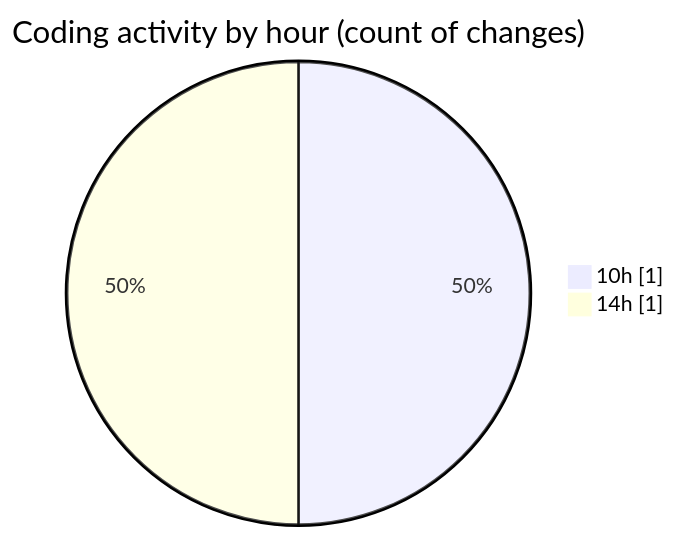
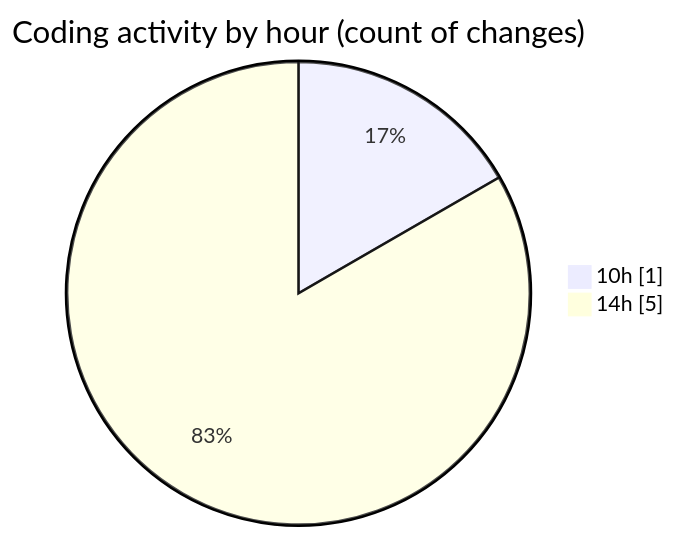
The second of 2 diagrams in 2026-06-19/nxtqube_webapp/README.md (nxtqubesakshisongat/code-tracking), drawn with Mermaid before and after one commit. The commit also changed other lines of this file and 1 other file, not shown here.

````diff
--- a/2026-06-19/nxtqube_webapp/README.md
+++ b/2026-06-19/nxtqube_webapp/README.md
@@ -28,6 +29,6 @@
 ```mermaid
 pie showData
 title Coding activity by hour (count of changes)
 "10h" : 1
-"14h" : 1
+"14h" : 5
 ```
````
